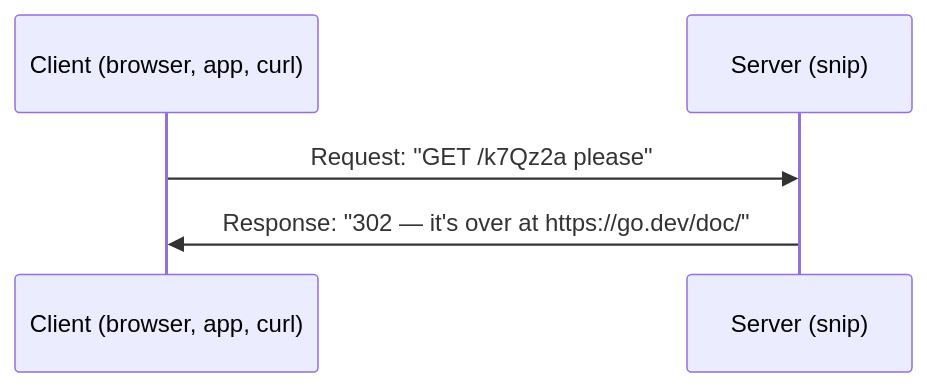
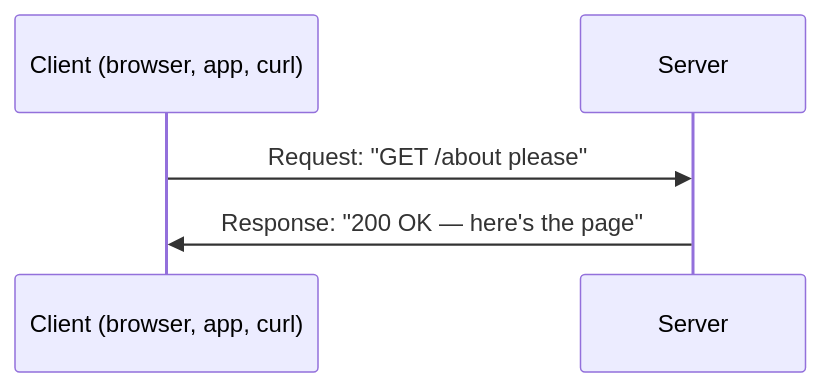
The first of 2 diagrams in docs/foundations/http-from-zero.mdx (jawwadzafar/zero-to-prod), drawn with Mermaid before and after one commit. The commit also changed other lines of this file, not shown here.

Commit message:
docs: 1.5 teaches HTTP on a generic blog API first; snip's create request and 302 redirect move to 'Apply it to snip', and the redirect now shows the HTML body Go really sends

````diff
--- a/docs/foundations/http-from-zero.mdx
+++ b/docs/foundations/http-from-zero.mdx
@@ -25,7 +25,7 @@
 ```mermaid
 sequenceDiagram
     participant C as Client (browser, app, curl)
-    participant S as Server (snip)
-    C->>S: Request: "GET /k7Qz2a please"
-    S->>C: Response: "302 — it's over at https://go.dev/doc/"
+    participant S as Server
+    C->>S: Request: "GET /about please"
+    S->>C: Response: "200 OK — here's the page"
 ```
````
